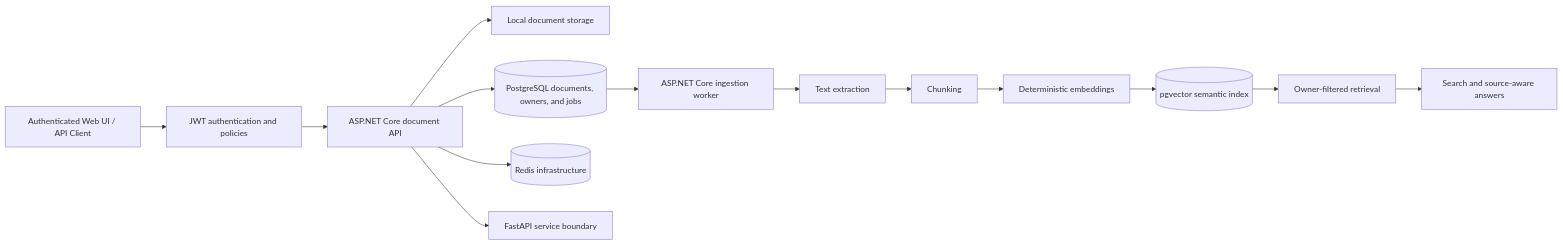
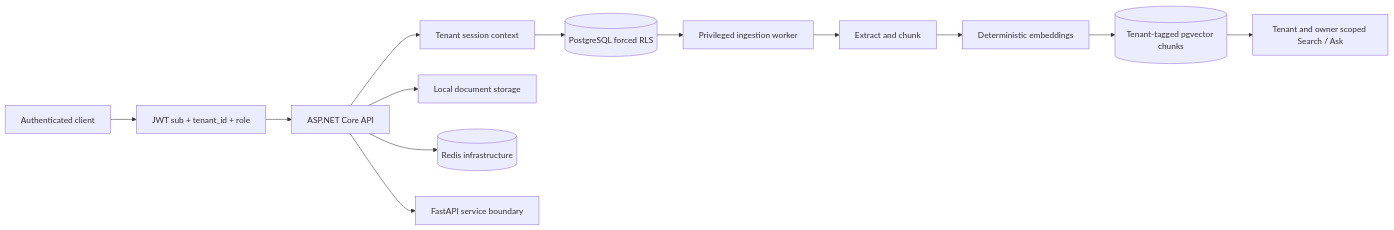
One commit to mahdiaghtaee/enterprise-ai-document-assistant changed the diagram in README.md. Above: the diagram before and after it, drawn with Mermaid. The commit also changed other lines of this file and 36 other files, not shown here.

````diff
--- a/README.md
+++ b/README.md
@@ -103,16 +110,15 @@
 ```mermaid
 flowchart LR
-    U[Authenticated Web UI / API Client] --> J[JWT authentication and policies]
-    J --> A[ASP.NET Core document API]
+    U[Authenticated client] --> J[JWT sub + tenant_id + role]
+    J --> A[ASP.NET Core API]
+    A --> T[Tenant session context]
+    T --> P[(PostgreSQL forced RLS)]
     A --> S[Local document storage]
-    A --> P[(PostgreSQL documents, owners, and jobs)]
-    P --> W[ASP.NET Core ingestion worker]
-    W --> X[Text extraction]
-    X --> C[Chunking]
-    C --> E[Deterministic embeddings]
-    E --> V[(pgvector semantic index)]
-    V --> Z[Owner-filtered retrieval]
-    Z --> Q[Search and source-aware answers]
+    P --> W[Privileged ingestion worker]
+    W --> X[Extract and chunk]
+    X --> E[Deterministic embeddings]
+    E --> V[(Tenant-tagged pgvector chunks)]
+    V --> Q[Tenant and owner scoped Search / Ask]
     A --> R[(Redis infrastructure)]
     A --> F[FastAPI service boundary]
 ```
````
